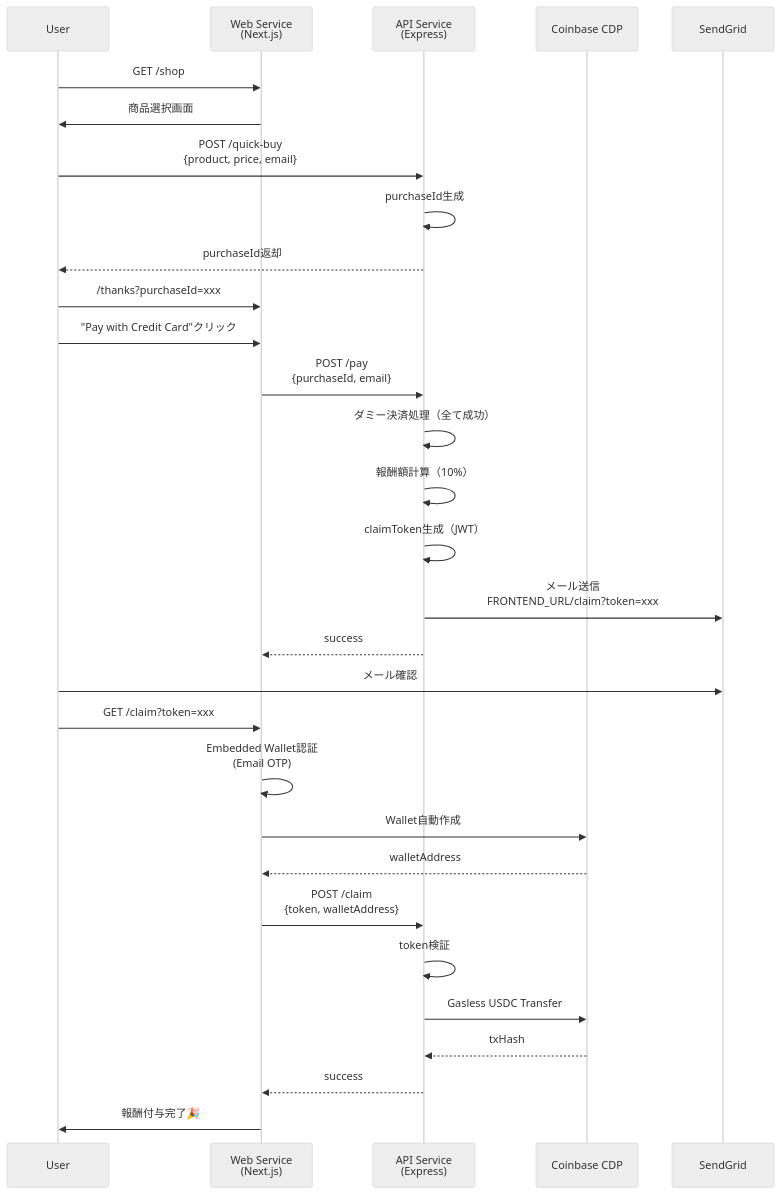
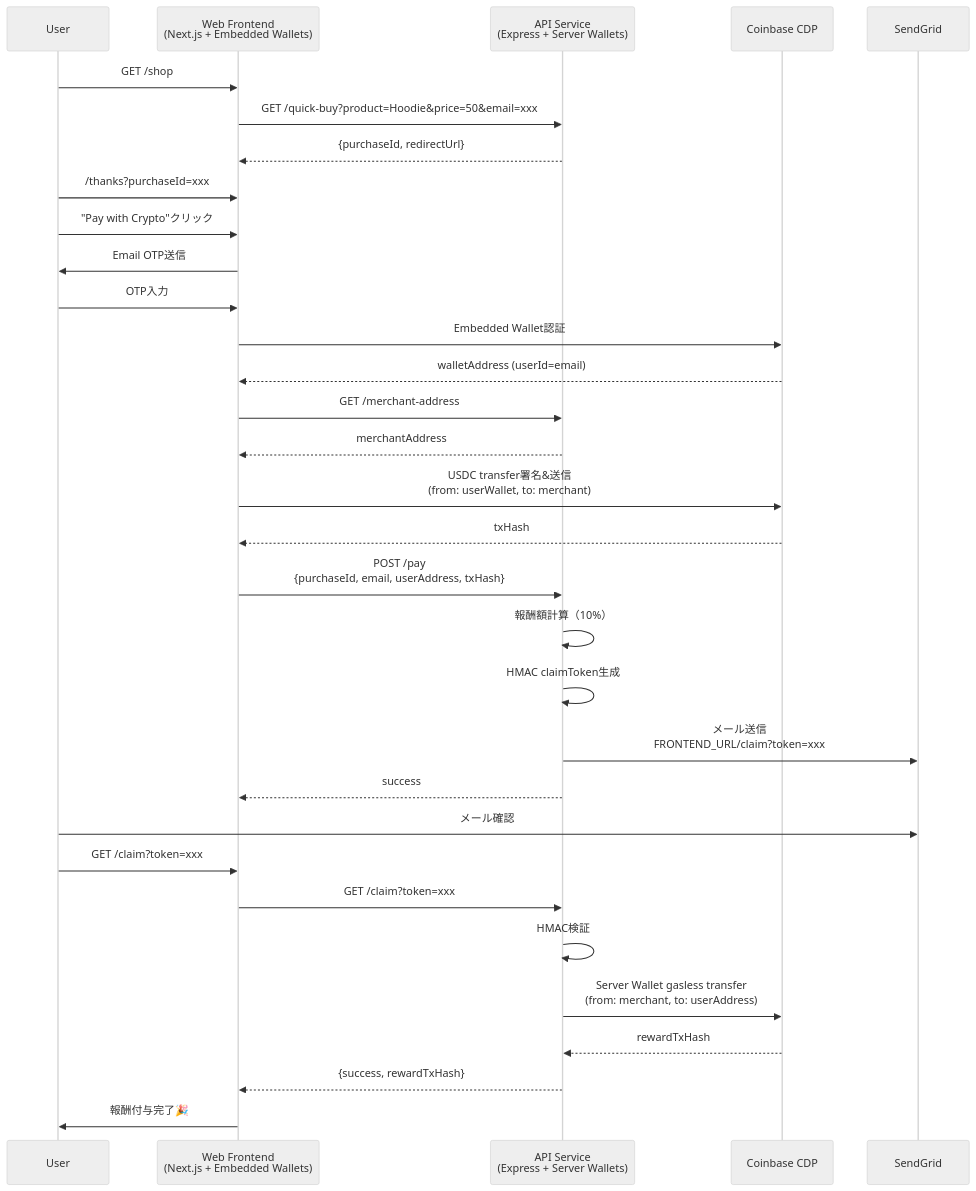
The diagram in specs/MVP_FINALDESIGN.md (rtree/crypify), drawn with Mermaid (neutral theme) before and after one commit. The commit also changed other lines of this file and 16 other files, not shown here.

First line of the commit message:
feat: Complete CDP SDK v2 integration with Merchant Wallet

````diff
--- a/specs/MVP_FINALDESIGN.md
+++ b/specs/MVP_FINALDESIGN.md
@@ -63,37 +107,46 @@
 ```mermaid
 sequenceDiagram
     participant User
-    participant Web as Web Service<br/>(Next.js)
-    participant API as API Service<br/>(Express)
+    participant WebFront as Web Frontend<br/>(Next.js + Embedded Wallets)
+    participant API as API Service<br/>(Express + Server Wallets)
     participant CDP as Coinbase CDP
     participant SendGrid
 
-    User->>Web: GET /shop
-    Web->>User: 商品選択画面
-    User->>API: POST /quick-buy<br/>{product, price, email}
-    API->>API: purchaseId生成
-    API-->>User: purchaseId返却
+    %% Quick Buy
+    User->>WebFront: GET /shop
+    WebFront->>API: GET /quick-buy?product=Hoodie&price=50&email=xxx
+    API-->>WebFront: {purchaseId, redirectUrl}
     
-    User->>Web: /thanks?purchaseId=xxx
-    User->>Web: "Pay with Credit Card"クリック
-    Web->>API: POST /pay<br/>{purchaseId, email}
+    %% 決済画面
+    User->>WebFront: /thanks?purchaseId=xxx
     
-    API->>API: ダミー決済処理（全て成功）
+    %% Embedded Wallets認証
+    User->>WebFront: "Pay with Crypto"クリック
+    WebFront->>User: Email OTP送信
+    User->>WebFront: OTP入力
+    WebFront->>CDP: Embedded Wallet認証
+    CDP-->>WebFront: walletAddress (userId=email)
+    
+    %% USDC支払い（フロント署名）
+    WebFront->>API: GET /merchant-address
+    API-->>WebFront: merchantAddress
+    WebFront->>CDP: USDC transfer署名&送信<br/>(from: userWallet, to: merchant)
+    CDP-->>WebFront: txHash
+    
+    %% 支払い通知
+    WebFront->>API: POST /pay<br/>{purchaseId, email, userAddress, txHash}
     API->>API: 報酬額計算（10%）
-    API->>API: claimToken生成（JWT）
+    API->>API: HMAC claimToken生成
     API->>SendGrid: メール送信<br/>FRONTEND_URL/claim?token=xxx
-    API-->>Web: success
+    API-->>WebFront: success
     
+    %% Claim処理
     User->>SendGrid: メール確認
-    User->>Web: GET /claim?token=xxx
-    Web->>Web: Embedded Wallet認証<br/>(Email OTP)
-    Web->>CDP: Wallet自動作成
-    CDP-->>Web: walletAddress
-    
-    Web->>API: POST /claim<br/>{token, walletAddress}
-    API->>API: token検証
-    API->>CDP: Gasless USDC Transfer
-    CDP-->>API: txHash
-    API-->>Web: success
-    Web->>User: 報酬付与完了🎉
+    User->>WebFront: GET /claim?token=xxx
+    WebFront->>API: GET /claim?token=xxx
+    API->>API: HMAC検証
+    API->>CDP: Server Wallet gasless transfer<br/>(from: merchant, to: userAddress)
+    CDP-->>API: rewardTxHash
+    API-->>WebFront: {success, rewardTxHash}
+    WebFront->>User: 報酬付与完了🎉
 ```
````
